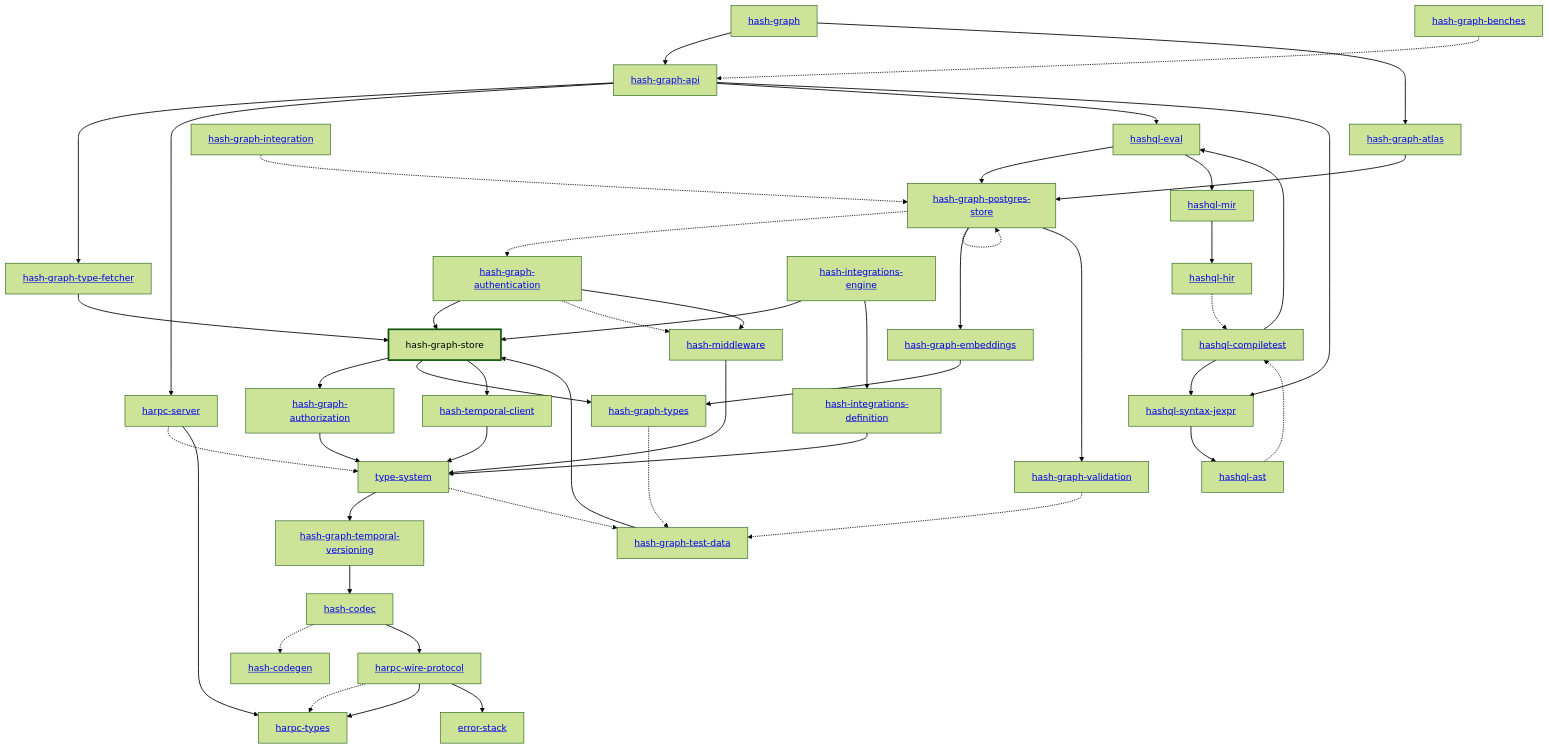
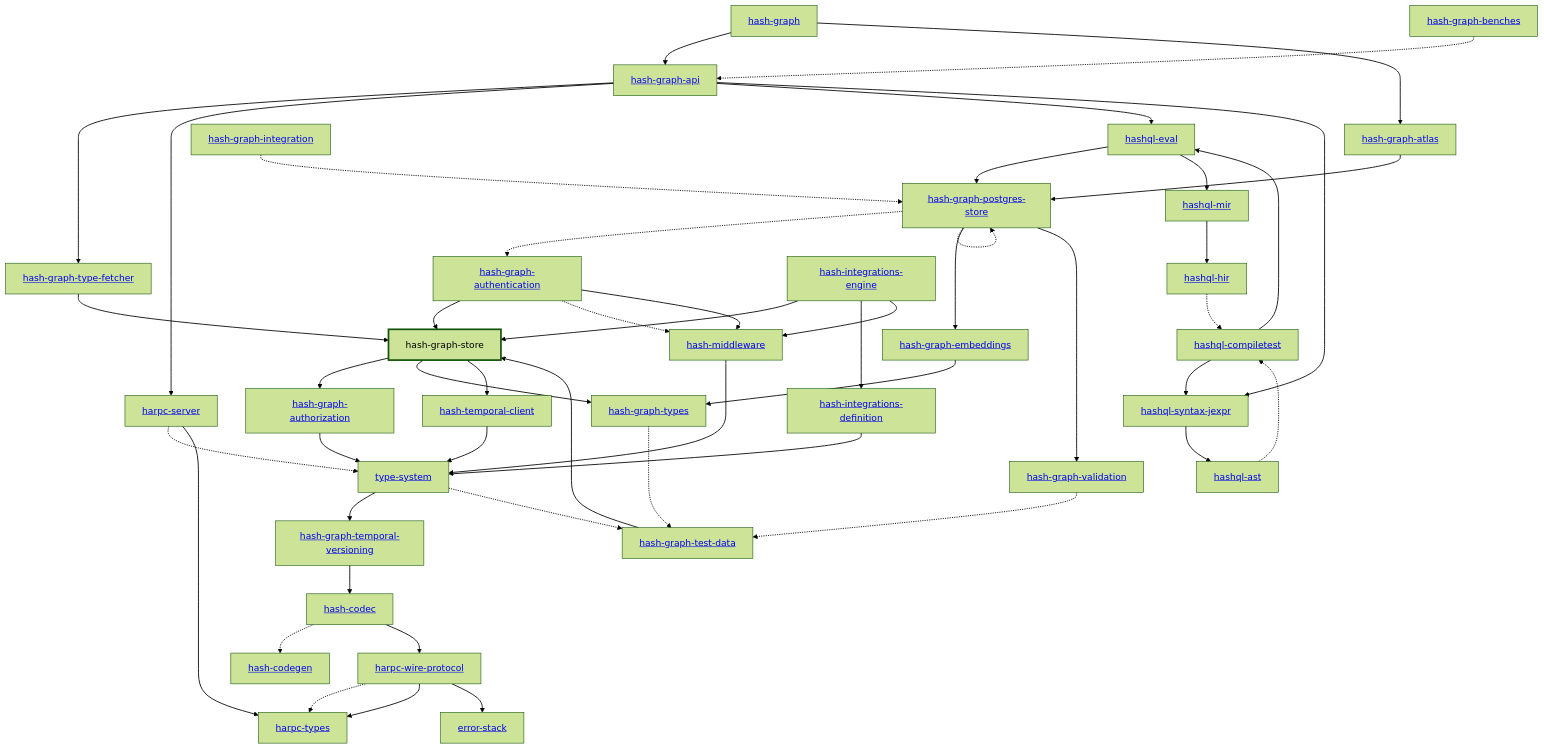
Before and after one commit to hashintel/hash: the diagram in libs/@local/graph/store/rust/docs/dependency-diagram.mmd, drawn with Mermaid (forest theme). The commit also changed 21 other files, not shown here.

```diff
--- a/libs/@local/graph/store/rust/docs/dependency-diagram.mmd
+++ b/libs/@local/graph/store/rust/docs/dependency-diagram.mmd
@@ -1,91 +1,92 @@
 graph TD
     linkStyle default stroke-width:1.5px
     classDef default stroke-width:1px
     classDef root stroke-width:3px
     classDef dev stroke-width:1px
     classDef build stroke-width:1px
     %% Legend
     %% --> : Normal dependency
     %% -.-> : Dev dependency
     %% ---> : Build dependency
     0[<a href="../hash_graph/index.html">hash-graph</a>]
     1[<a href="../type_system/index.html">type-system</a>]
     2[<a href="../hash_codec/index.html">hash-codec</a>]
     3[<a href="../hash_codegen/index.html">hash-codegen</a>]
     4[<a href="../hash_graph_api/index.html">hash-graph-api</a>]
     5[<a href="../hash_graph_atlas/index.html">hash-graph-atlas</a>]
     6[<a href="../hash_graph_authentication/index.html">hash-graph-authentication</a>]
     7[<a href="../hash_graph_authorization/index.html">hash-graph-authorization</a>]
     8[<a href="../hash_graph_embeddings/index.html">hash-graph-embeddings</a>]
     9[<a href="../hash_graph_postgres_store/index.html">hash-graph-postgres-store</a>]
     10[hash-graph-store]
     class 10 root
     11[<a href="../hash_graph_temporal_versioning/index.html">hash-graph-temporal-versioning</a>]
     12[<a href="../hash_graph_type_fetcher/index.html">hash-graph-type-fetcher</a>]
     13[<a href="../hash_graph_types/index.html">hash-graph-types</a>]
     14[<a href="../hash_graph_validation/index.html">hash-graph-validation</a>]
     15[<a href="../harpc_server/index.html">harpc-server</a>]
     16[<a href="../harpc_types/index.html">harpc-types</a>]
     17[<a href="../harpc_wire_protocol/index.html">harpc-wire-protocol</a>]
     18[<a href="../hashql_ast/index.html">hashql-ast</a>]
     19[<a href="../hashql_compiletest/index.html">hashql-compiletest</a>]
     20[<a href="../hashql_eval/index.html">hashql-eval</a>]
     21[<a href="../hashql_hir/index.html">hashql-hir</a>]
     22[<a href="../hashql_mir/index.html">hashql-mir</a>]
     23[<a href="../hashql_syntax_jexpr/index.html">hashql-syntax-jexpr</a>]
     24[<a href="../hash_integrations_definition/index.html">hash-integrations-definition</a>]
     25[<a href="../hash_integrations_engine/index.html">hash-integrations-engine</a>]
     26[<a href="../hash_middleware/index.html">hash-middleware</a>]
     27[<a href="../hash_temporal_client/index.html">hash-temporal-client</a>]
     28[<a href="../error_stack/index.html">error-stack</a>]
     29[<a href="../hash_graph_benches/index.html">hash-graph-benches</a>]
     30[<a href="../hash_graph_integration/index.html">hash-graph-integration</a>]
     31[<a href="../hash_graph_test_data/index.html">hash-graph-test-data</a>]
     0 --> 4
     0 --> 5
     1 --> 11
     1 -.-> 31
     2 -.-> 3
     2 --> 17
     4 --> 12
     4 --> 15
     4 --> 20
     4 --> 23
     5 --> 9
     6 --> 10
     6 -.-> 26
     6 --> 26
     7 --> 1
     8 --> 13
     9 -.-> 6
     9 --> 8
     9 -.-> 9
     9 --> 14
     10 --> 7
     10 --> 13
     10 --> 27
     11 --> 2
     12 --> 10
     13 -.-> 31
     14 -.-> 31
     15 -.-> 1
     15 --> 16
     17 -.-> 16
     17 --> 16
     17 --> 28
     18 -.-> 19
     19 --> 20
     19 --> 23
     20 --> 9
     20 --> 22
     21 -.-> 19
     22 --> 21
     23 --> 18
     24 --> 1
     25 --> 10
     25 --> 24
+    25 --> 26
     26 --> 1
     27 --> 1
     29 -.-> 4
     30 -.-> 9
     31 --> 10
```
